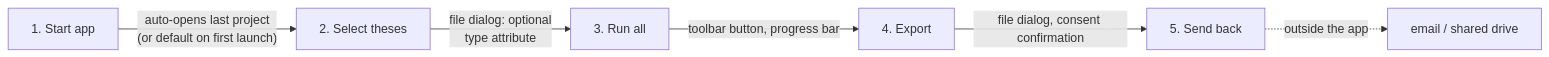
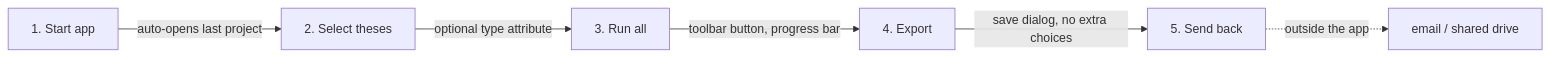
Before and after one commit to olistroemer/Thesis_Text_Analyzer: the second of 8 diagrams in docs/SDD.md, drawn with Mermaid. The commit also changed other lines of this file and 5 other files, not shown here.

````diff
--- a/docs/SDD.md
+++ b/docs/SDD.md
@@ -122,8 +126,8 @@
 ```mermaid
 flowchart LR
-    S1[1. Start app] -->|"auto-opens last project<br/>(or default on first launch)"| S2[2. Select theses]
-    S2 -->|"file dialog: optional<br/>type attribute"| S3[3. Run all]
+    S1[1. Start app] -->|"auto-opens last project"| S2[2. Select theses]
+    S2 -->|"optional type attribute"| S3[3. Run all]
     S3 -->|"toolbar button, progress bar"| S4[4. Export]
-    S4 -->|"file dialog, consent confirmation"| S5[5. Send back]
+    S4 -->|"save dialog, no extra choices"| S5[5. Send back]
     S5 -.->|"outside the app"| END[email / shared drive]
 ```
````
